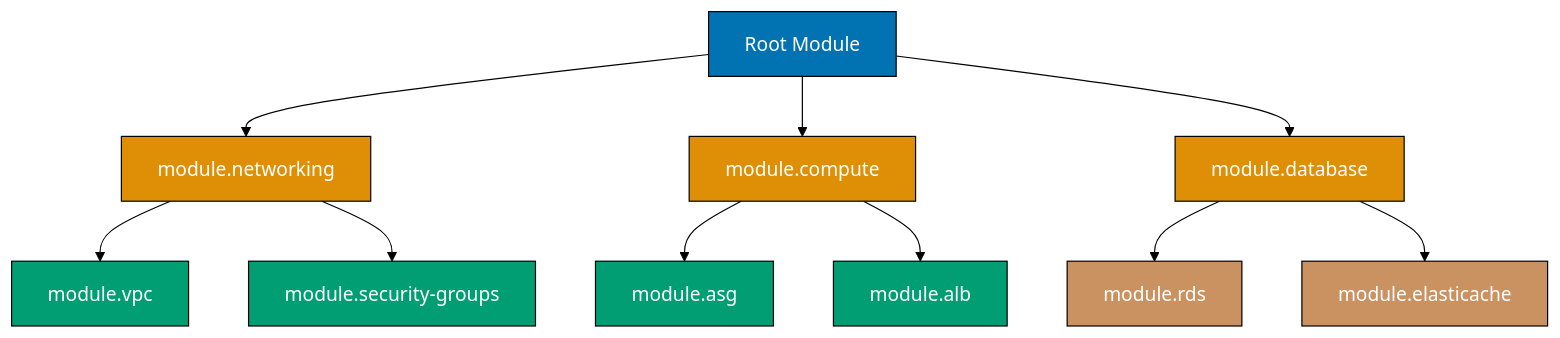
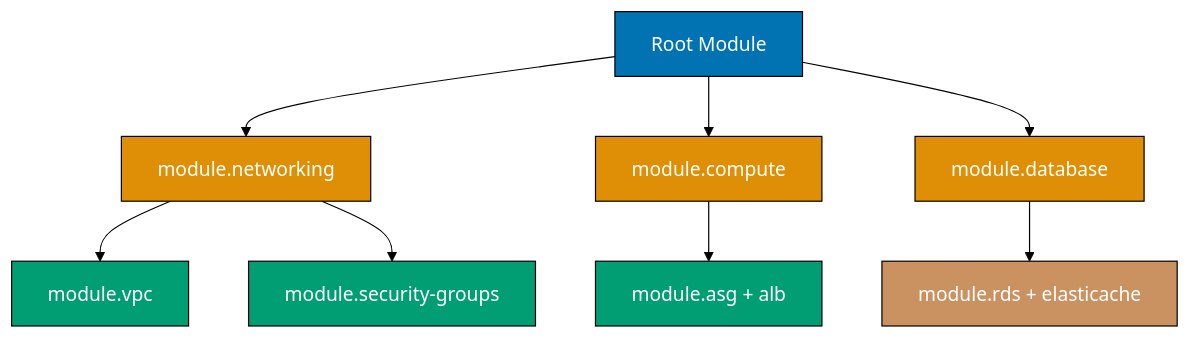
One commit to wahidyankf/open-sharia-enterprise changed the eighth of 9 diagrams in apps/ayokoding-web/content/en/learn/software-engineering/infrastructure/infrastructure-as-code/by-example/advanced.md. Above: the diagram before and after it, drawn with Mermaid (forest theme). The commit also changed other lines of this file and 16 other files, not shown here.

First line of the commit message:
fix(content): fix 46 pre-existing Mermaid violations in tutorial files

````diff
--- a/apps/ayokoding-web/content/en/learn/software-engineering/infrastructure/infrastructure-as-code/by-example/advanced.md
+++ b/apps/ayokoding-web/content/en/learn/software-engineering/infrastructure/infrastructure-as-code/by-example/advanced.md
@@ -1993,24 +1989,20 @@
 ```mermaid
 %% Color Palette: Blue #0173B2, Orange #DE8F05, Teal #029E73, Purple #CC78BC, Brown #CA9161
 graph TD
   A["Root Module"] --> B["module.networking"]
   A --> C["module.compute"]
   A --> D["module.database"]
   B --> E["module.vpc"]
   B --> F["module.security-groups"]
-  C --> G["module.asg"]
-  C --> H["module.alb"]
-  D --> I["module.rds"]
-  D --> J["module.elasticache"]
+  C --> G["module.asg + alb"]
+  D --> H["module.rds + elasticache"]
 
   style A fill:#0173B2,stroke:#000,color:#fff
   style B fill:#DE8F05,stroke:#000,color:#fff
   style C fill:#DE8F05,stroke:#000,color:#fff
   style D fill:#DE8F05,stroke:#000,color:#fff
   style E fill:#029E73,stroke:#000,color:#fff
   style F fill:#029E73,stroke:#000,color:#fff
   style G fill:#029E73,stroke:#000,color:#fff
-  style H fill:#029E73,stroke:#000,color:#fff
-  style I fill:#CA9161,stroke:#000,color:#fff
-  style J fill:#CA9161,stroke:#000,color:#fff
+  style H fill:#CA9161,stroke:#000,color:#fff
 ```
````
